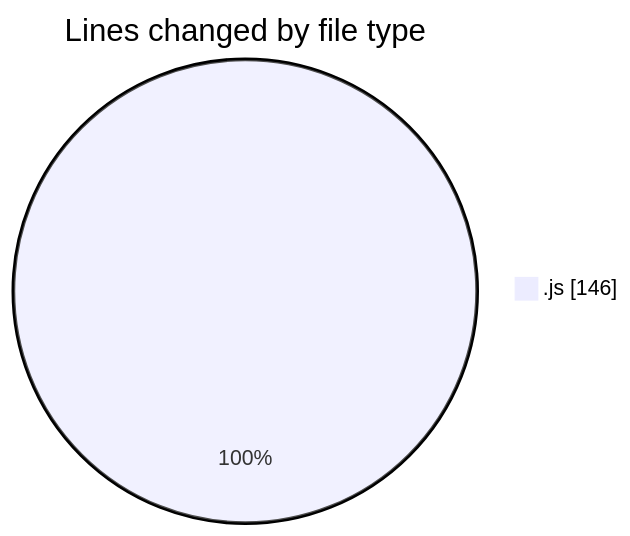
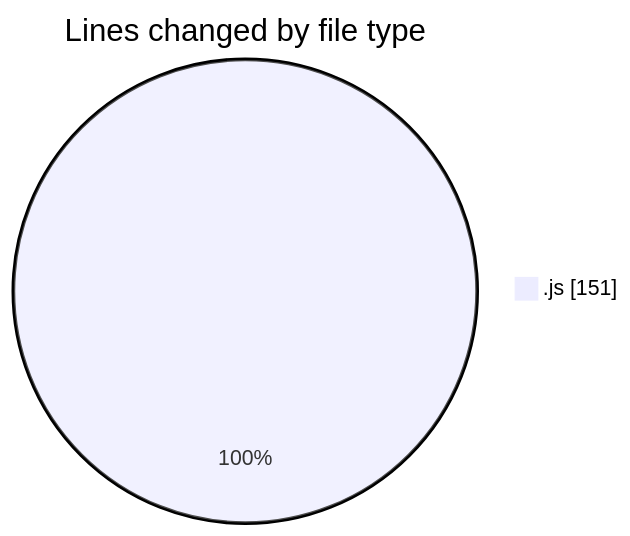
One commit to nxtqubesakshisongat/code-tracking changed the first of 2 diagrams in 2025-05-30/nxtqube_webapp/README.md. Above: the diagram before and after it, drawn with Mermaid. The commit also changed other lines of this file and 1 other file, not shown here.

````diff
--- a/2025-05-30/nxtqube_webapp/README.md
+++ b/2025-05-30/nxtqube_webapp/README.md
@@ -21,5 +21,5 @@
 ```mermaid
 pie showData
 title Lines changed by file type
-".js" : 146
+".js" : 151
 ```
````
